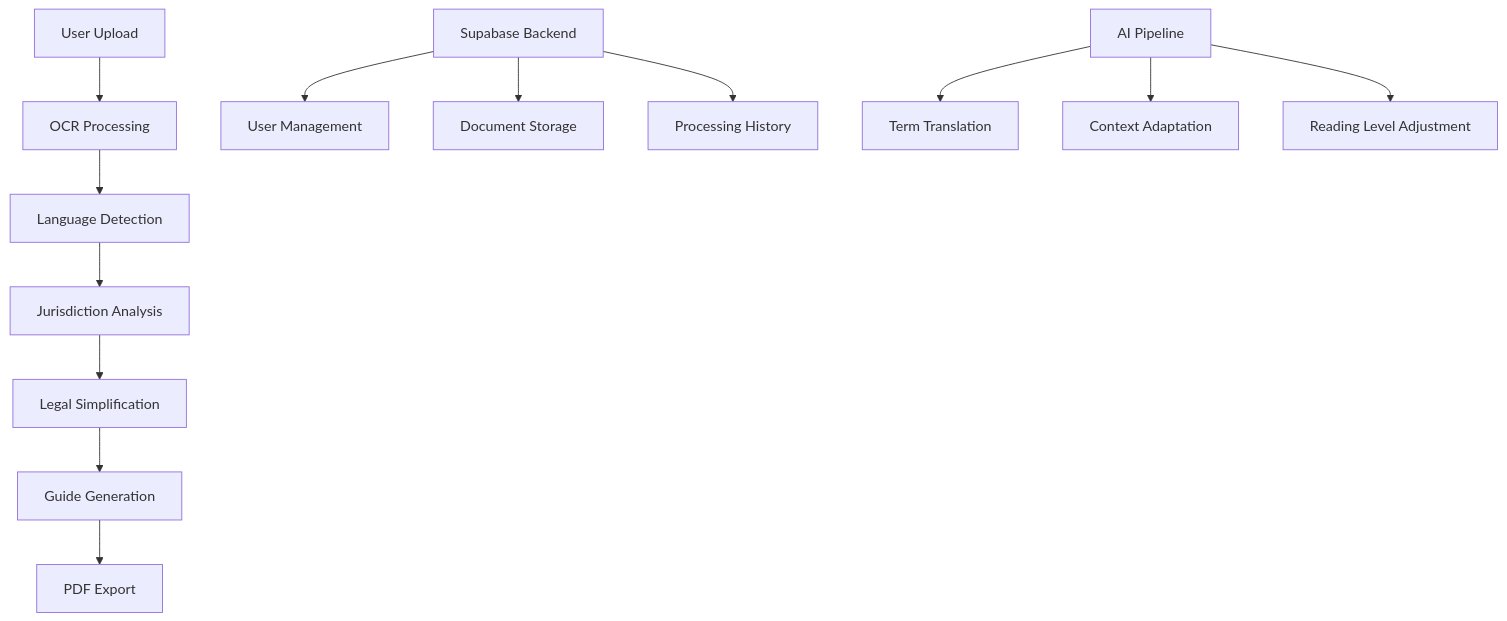
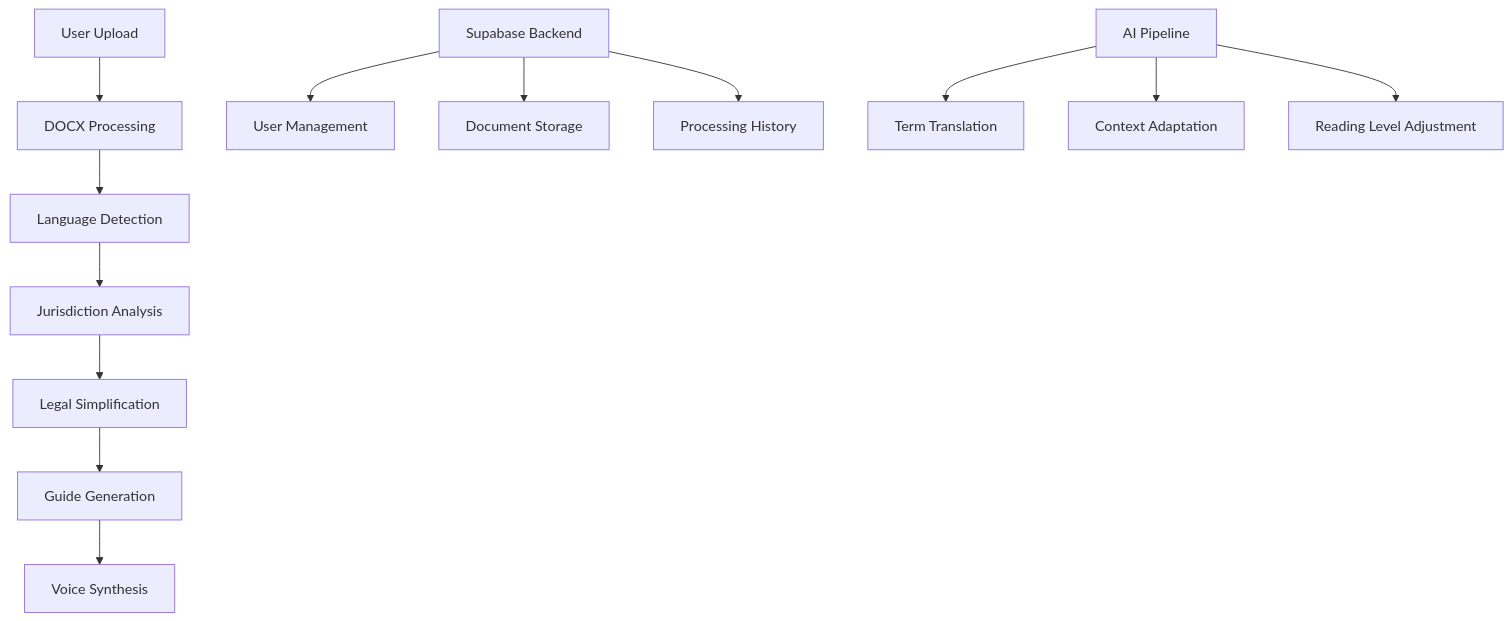
The diagram in README.md (Sebas18Rodriguez18/Just-Guide), drawn with Mermaid before and after one commit. The commit also changed other lines of this file and 6 other files, not shown here.

````diff
--- a/README.md
+++ b/README.md
@@ -147,17 +156,17 @@
 ```mermaid
 graph TD
-    A[User Upload] --> B[OCR Processing]
+    A[User Upload] --> B[DOCX Processing]
     B --> C[Language Detection]
     C --> D[Jurisdiction Analysis]
     D --> E[Legal Simplification]
     E --> F[Guide Generation]
-    F --> G[PDF Export]
+    F --> G[Voice Synthesis]
     
     H[Supabase Backend] --> I[User Management]
     H --> J[Document Storage]
     H --> K[Processing History]
     
     L[AI Pipeline] --> M[Term Translation]
     L --> N[Context Adaptation]
     L --> O[Reading Level Adjustment]
 ```
````
